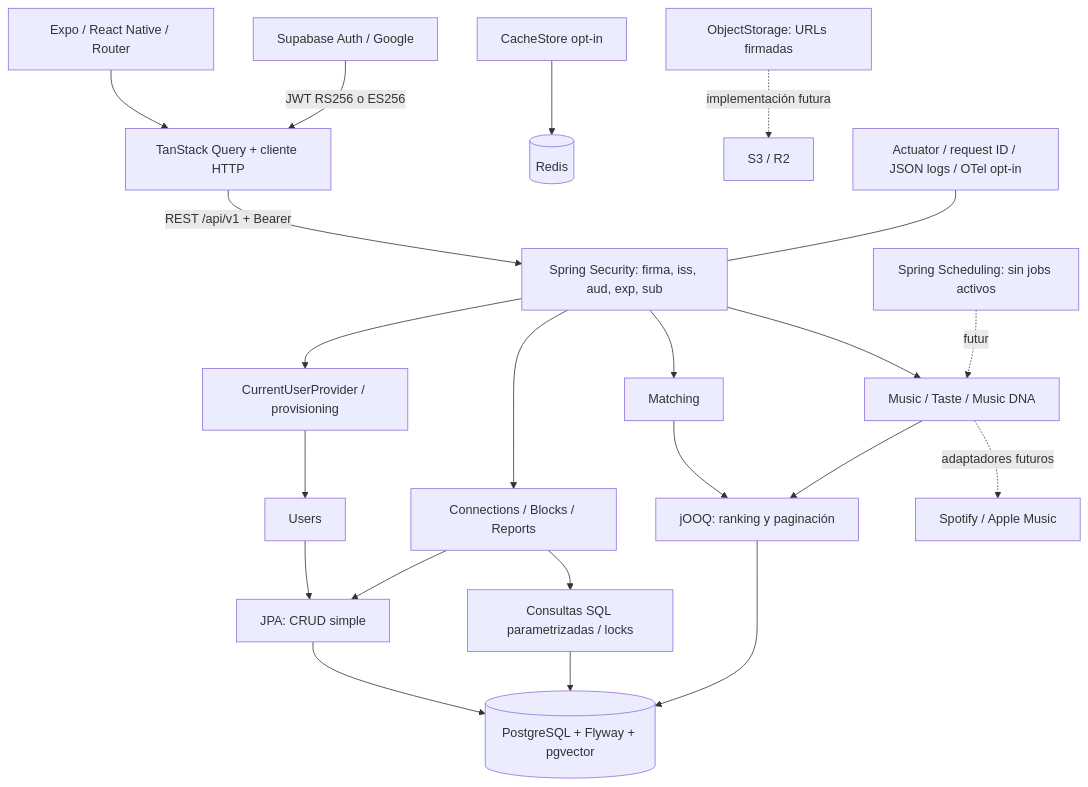
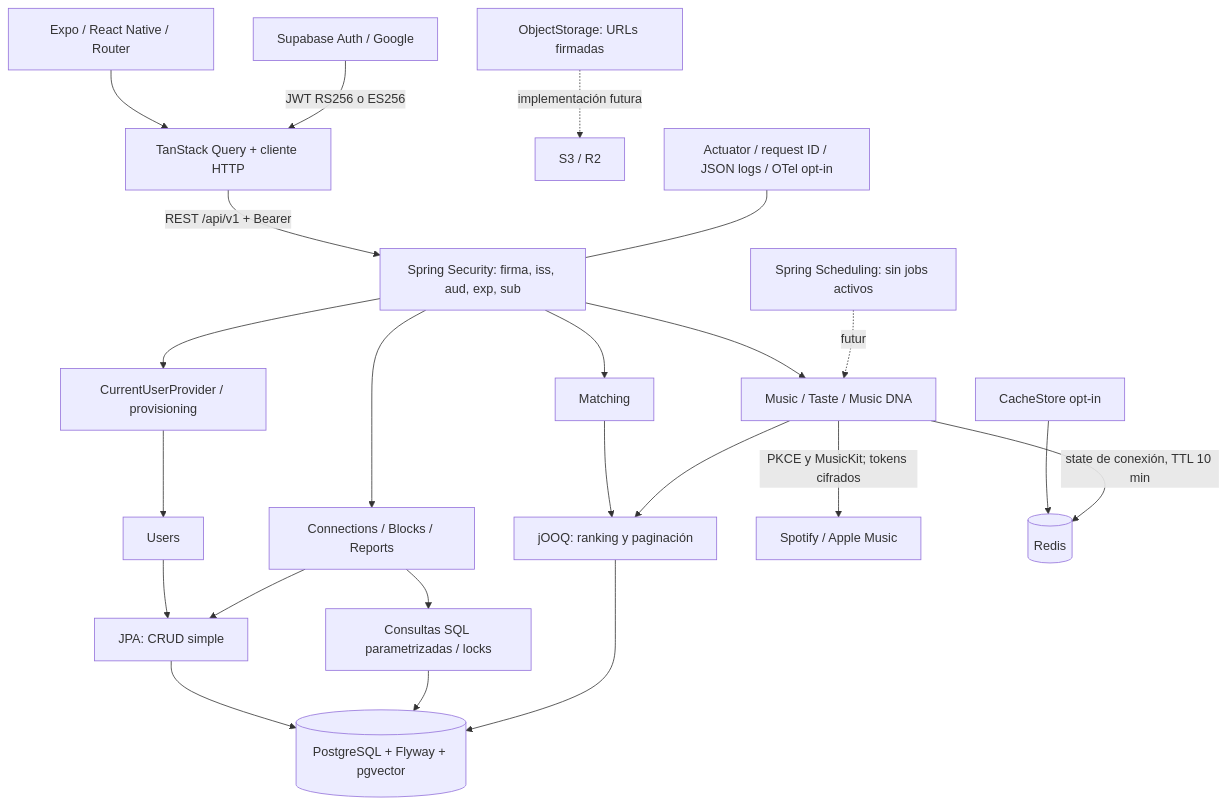
Before and after one commit to PZM7/wavelength: the diagram in docs/architecture.md, drawn with Mermaid. The commit also changed other lines of this file and 32 other files, not shown here.

Commit message:
Add Spotify and Apple Music connection flows with encrypted tokens

````diff
--- a/docs/architecture.md
+++ b/docs/architecture.md
@@ -8,24 +8,25 @@
 ```mermaid
 flowchart TD
   Mobile[Expo / React Native / Router] --> Query[TanStack Query + cliente HTTP]
   Identity[Supabase Auth / Google] -->|JWT RS256 o ES256| Query
   Query -->|REST /api/v1 + Bearer| Security[Spring Security: firma, iss, aud, exp, sub]
   Security --> Auth[CurrentUserProvider / provisioning]
   Auth --> Users[Users]
   Security --> Music[Music / Taste / Music DNA]
   Security --> Matching[Matching]
   Security --> Social[Connections / Blocks / Reports]
   Users --> JPA[JPA: CRUD simple]
   Social --> JPA
   Social --> SQL[Consultas SQL parametrizadas / locks]
   Matching --> JOOQ[jOOQ: ranking y paginación]
   Music --> JOOQ
   JPA --> PG[(PostgreSQL + Flyway + pgvector)]
   SQL --> PG
   JOOQ --> PG
-  Music -.adaptadores futuros.-> Providers[Spotify / Apple Music]
+  Music -->|PKCE y MusicKit; tokens cifrados| Providers[Spotify / Apple Music]
   Cache[CacheStore opt-in] --> Redis[(Redis)]
+  Music -->|state de conexión, TTL 10 min| Redis
   Storage[ObjectStorage: URLs firmadas] -.implementación futura.-> S3[S3 / R2]
   Jobs[Spring Scheduling: sin jobs activos] -.futuro.-> Music
   Obs[Actuator / request ID / JSON logs / OTel opt-in] --- Security
 ```
````
